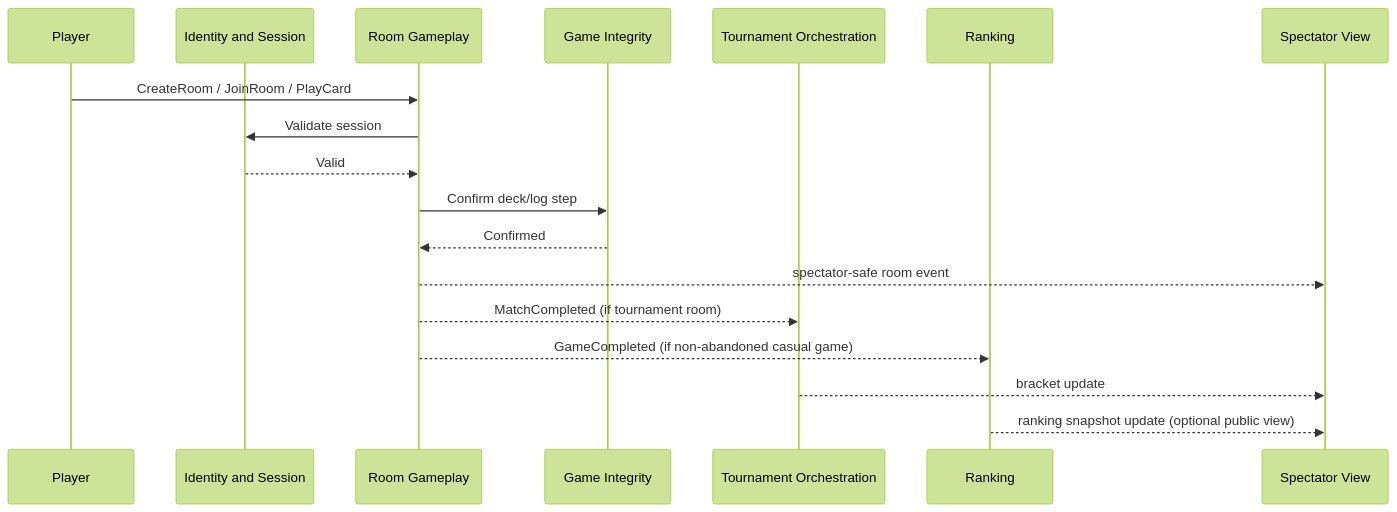
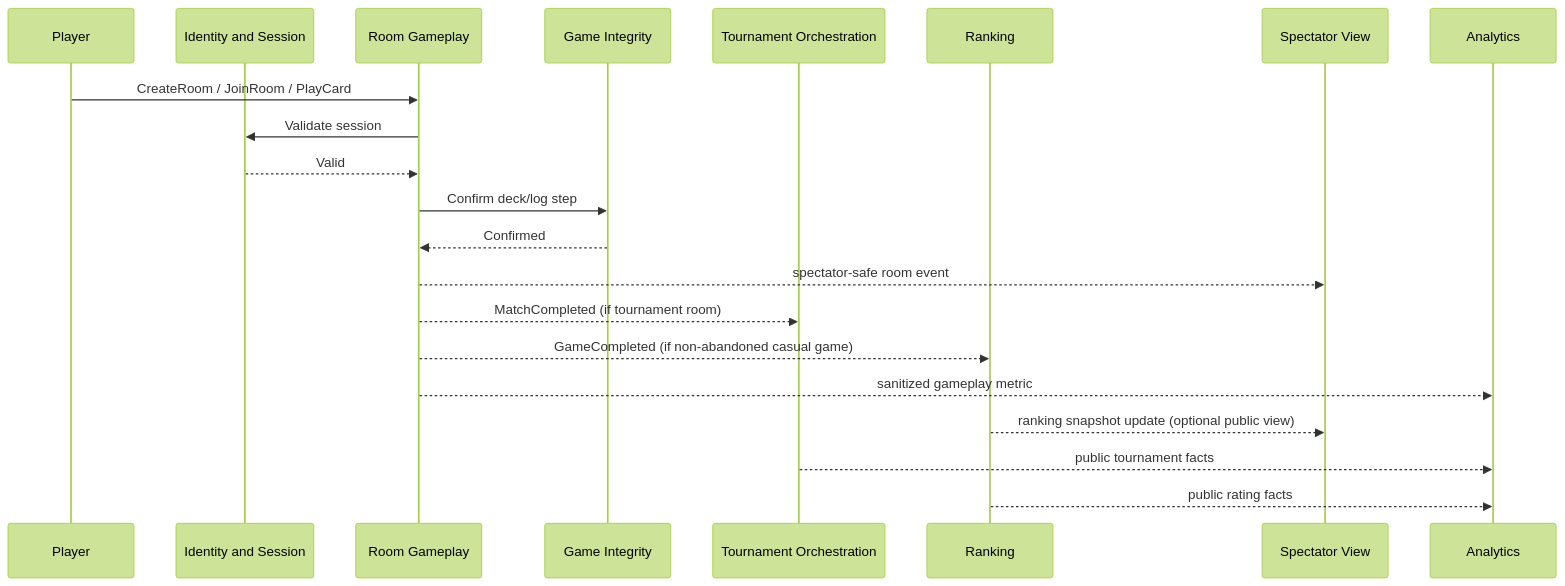
One commit to FSendot/uno-arena changed the diagram in docs/05-domain-event-flow-narratives.md. Above: the diagram before and after it, drawn with Mermaid (forest theme). The commit also changed other lines of this file and 26 other files, not shown here.

````diff
--- a/docs/05-domain-event-flow-narratives.md
+++ b/docs/05-domain-event-flow-narratives.md
@@ -97,21 +101,24 @@
 ```mermaid
 sequenceDiagram
     participant P as Player
     participant IS as Identity and Session
     participant RG as Room Gameplay
     participant GI as Game Integrity
     participant TO as Tournament Orchestration
     participant RK as Ranking
     participant SV as Spectator View
+    participant AN as Analytics
 
     P->>RG: CreateRoom / JoinRoom / PlayCard
     RG->>IS: Validate session
     IS-->>RG: Valid
     RG->>GI: Confirm deck/log step
     GI-->>RG: Confirmed
     RG-->>SV: spectator-safe room event
     RG-->>TO: MatchCompleted (if tournament room)
     RG-->>RK: GameCompleted (if non-abandoned casual game)
-    TO-->>SV: bracket update
+    RG-->>AN: sanitized gameplay metric
     RK-->>SV: ranking snapshot update (optional public view)
+    TO-->>AN: public tournament facts
+    RK-->>AN: public rating facts
 ```
````
